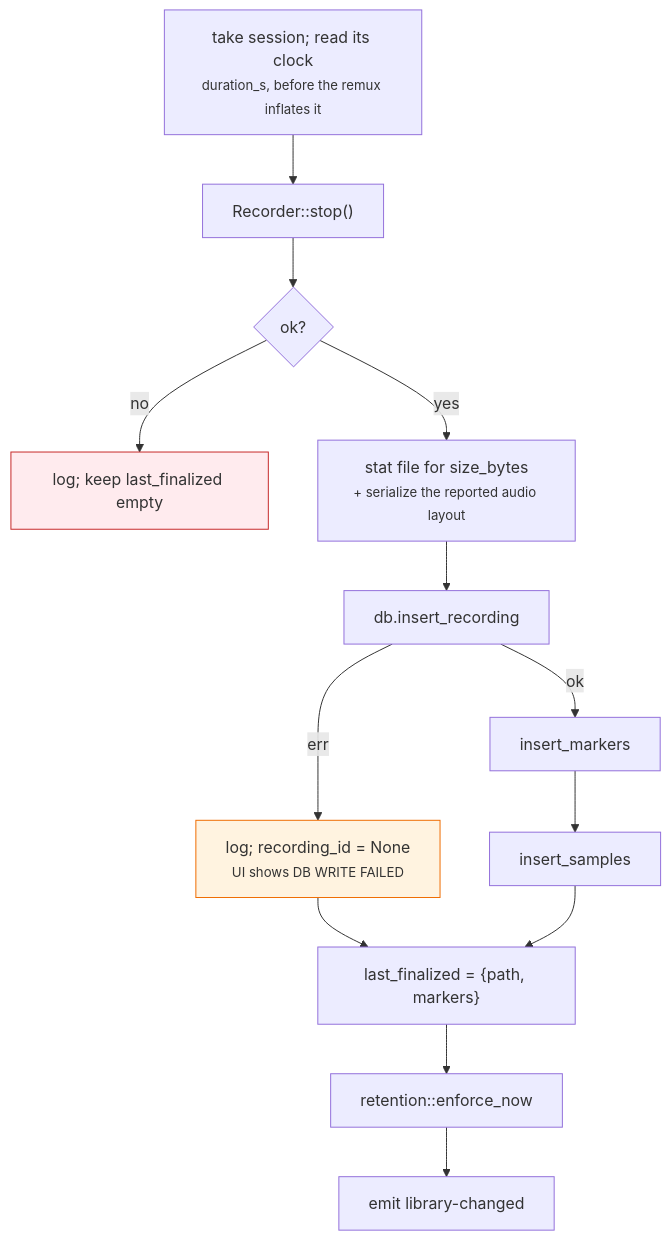
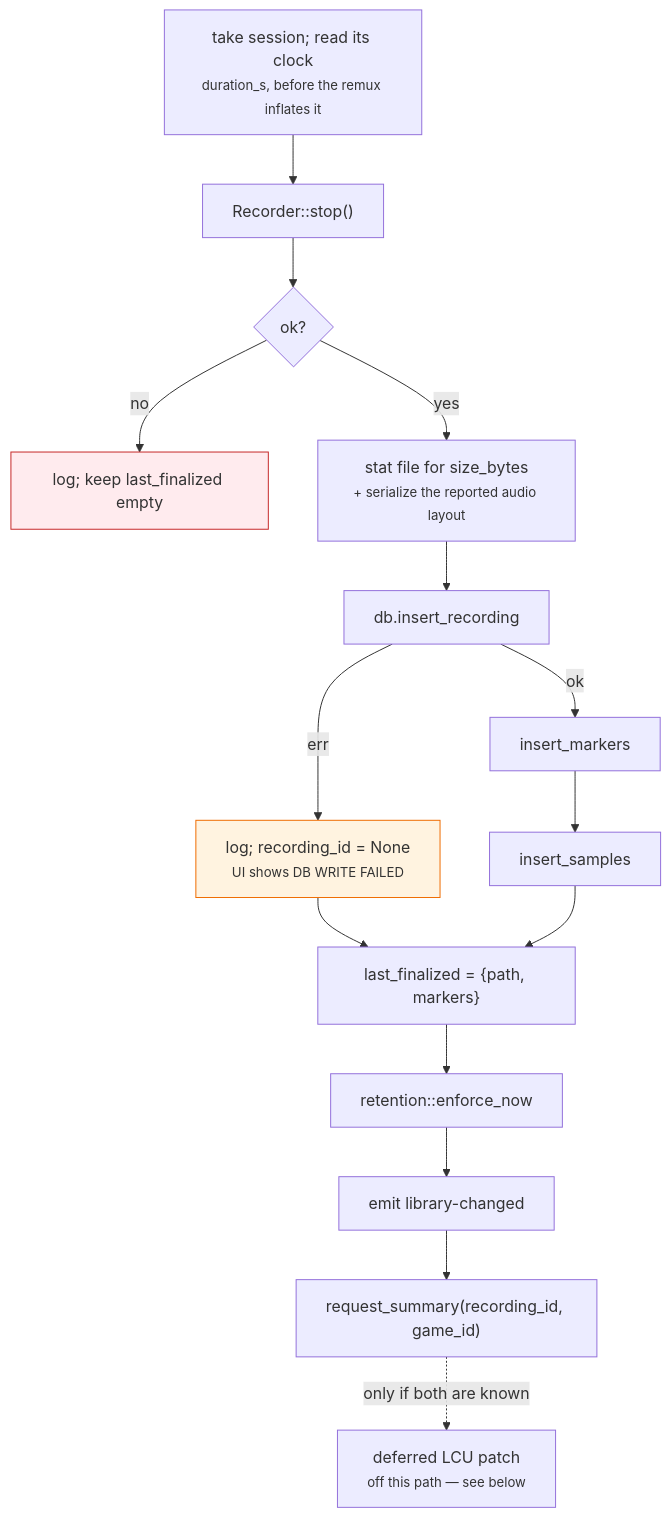
One commit to NinjaGoldfinch/ninja-recorder changed the fifth of 7 diagrams in docs/recording-pipeline.md. Above: the diagram before and after it, drawn with Mermaid. The commit also changed other lines of this file and 15 other files, not shown here.

First line of the commit message:
feat(lcu): fill in the columns only the client can answer for, after the game

````diff
--- a/docs/recording-pipeline.md
+++ b/docs/recording-pipeline.md
@@ -273,17 +273,19 @@
 ```mermaid
 flowchart TB
     S["take session; read its clock<br/><small>duration_s, before the remux inflates it</small>"] --> A["Recorder::stop()"]
     A --> B{"ok?"}
     B -->|"no"| Z["log; keep last_finalized empty"]
     B -->|"yes"| C["stat file for size_bytes<br/><small>+ serialize the reported audio layout</small>"]
     C --> D["db.insert_recording"]
     D -->|"err"| E["log; recording_id = None<br/><small>UI shows DB WRITE FAILED</small>"]
     D -->|"ok"| F["insert_markers"]
     F --> G["insert_samples"]
     E --> H
     G --> H["last_finalized = {path, markers}"]
     H --> I["retention::enforce_now"]
     I --> J["emit library-changed"]
+    J --> K["request_summary(recording_id, game_id)"]
+    K -.->|"only if both are known"| L["deferred LCU patch<br/><small>off this path — see below</small>"]
     style Z fill:#ffebee,stroke:#c62828
     style E fill:#fff3e0,stroke:#ef6c00
 ```
````
